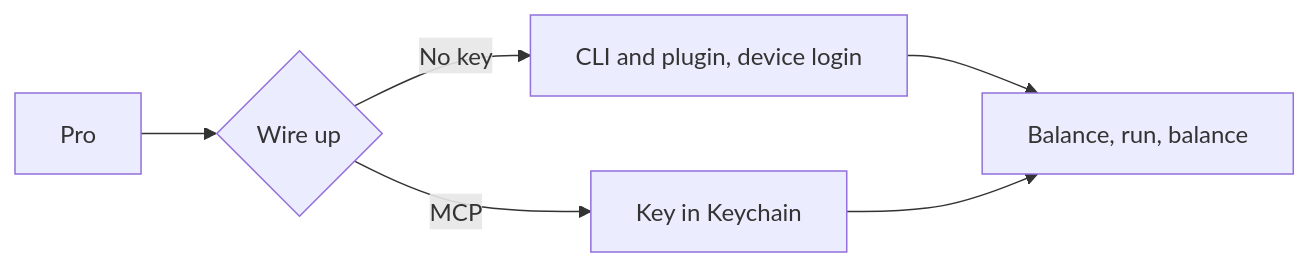
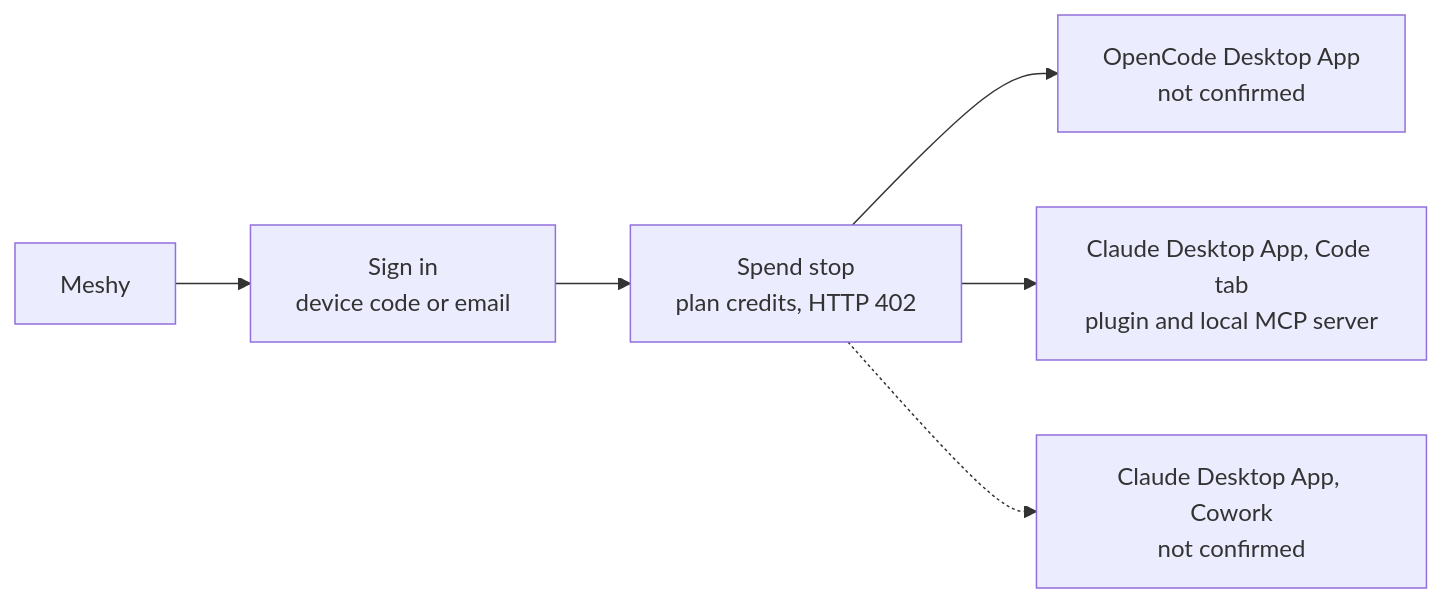
One commit to SoulCraft-Org/compute-crafter changed the diagram in guides/meshy.md. Above: the diagram before and after it, drawn with Mermaid. The commit also changed other lines of this file and 10 other files, not shown here.

First line of the commit message:
🎨 Guides batch 5: Meshy, Claude Desktop MCP, Logins, Training open with a diagram and a three-host wiring table

````diff
--- a/guides/meshy.md
+++ b/guides/meshy.md
@@ -9,6 +5,7 @@
 ```mermaid
 flowchart LR
-  P[Pro] --> W{Wire up}
-  W -->|No key| C[CLI and plugin, device login] --> B[Balance, run, balance]
-  W -->|MCP| K[Key in Keychain] --> B
+  P[Meshy] --> S[Sign in<br/>device code or email] --> G[Spend stop<br/>plan credits, HTTP 402]
+  G --> O[OpenCode Desktop App<br/>not confirmed]
+  G --> C[Claude Desktop App, Code tab<br/>plugin and local MCP server]
+  G -.-> W[Claude Desktop App, Cowork<br/>not confirmed]
 ```
````
